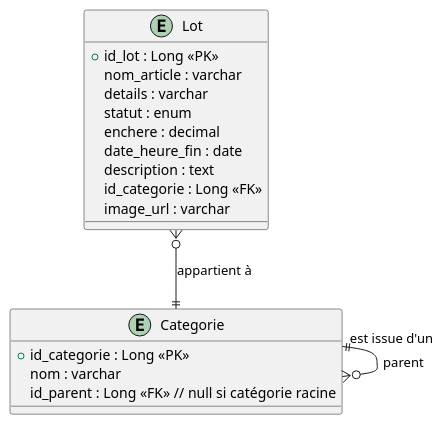
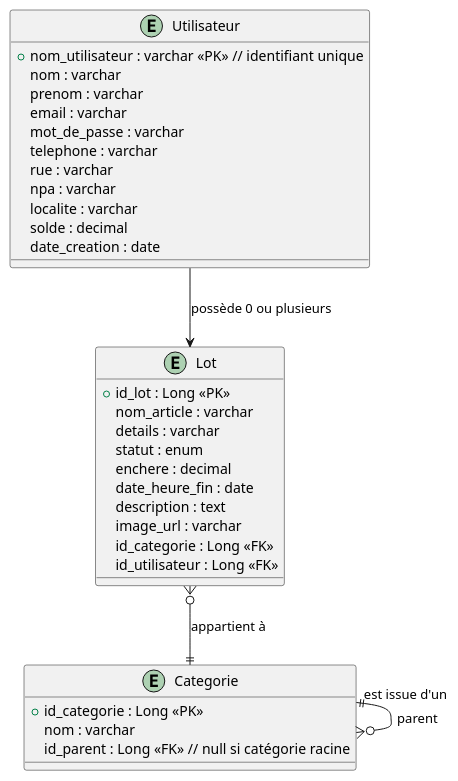
The diagram in docs/mdl.puml (ETML-ES-LABEFE-SAM-YOAN/BACKEND), drawn with PlantUML before and after one commit. The commit also changed 1 other file, not shown here.

Commit message:
DOCS : Rajout de l'utilisateur dans les schémas

```diff
--- a/docs/mdl.puml
+++ b/docs/mdl.puml
@@ -1,22 +1,38 @@
 @startuml
 entity Lot {
   + id_lot : Long <<PK>>
   nom_article : varchar
   details : varchar
   statut : enum
   enchere : decimal
   date_heure_fin : date
   description : text
+  image_url : varchar
   id_categorie : Long <<FK>>
-  image_url : varchar
+  id_utilisateur : Long «FK»
+}
+
+entity Utilisateur {
+    + nom_utilisateur : varchar <<PK>> // identifiant unique
+    nom : varchar
+    prenom : varchar
+    email : varchar
+    mot_de_passe : varchar
+    telephone : varchar
+    rue : varchar
+    npa : varchar
+    localite : varchar
+    solde : decimal
+    date_creation : date
 }
 
 entity Categorie {
   + id_categorie : Long <<PK>>
   nom : varchar
   id_parent : Long <<FK>> // null si catégorie racine
 }
 
+Utilisateur --> Lot : "possède 0 ou plusieurs"
 Lot }o--|| Categorie : "appartient à"
 Categorie ||--o{ Categorie : "est issue d'un" (parent)
 @enduml
```
